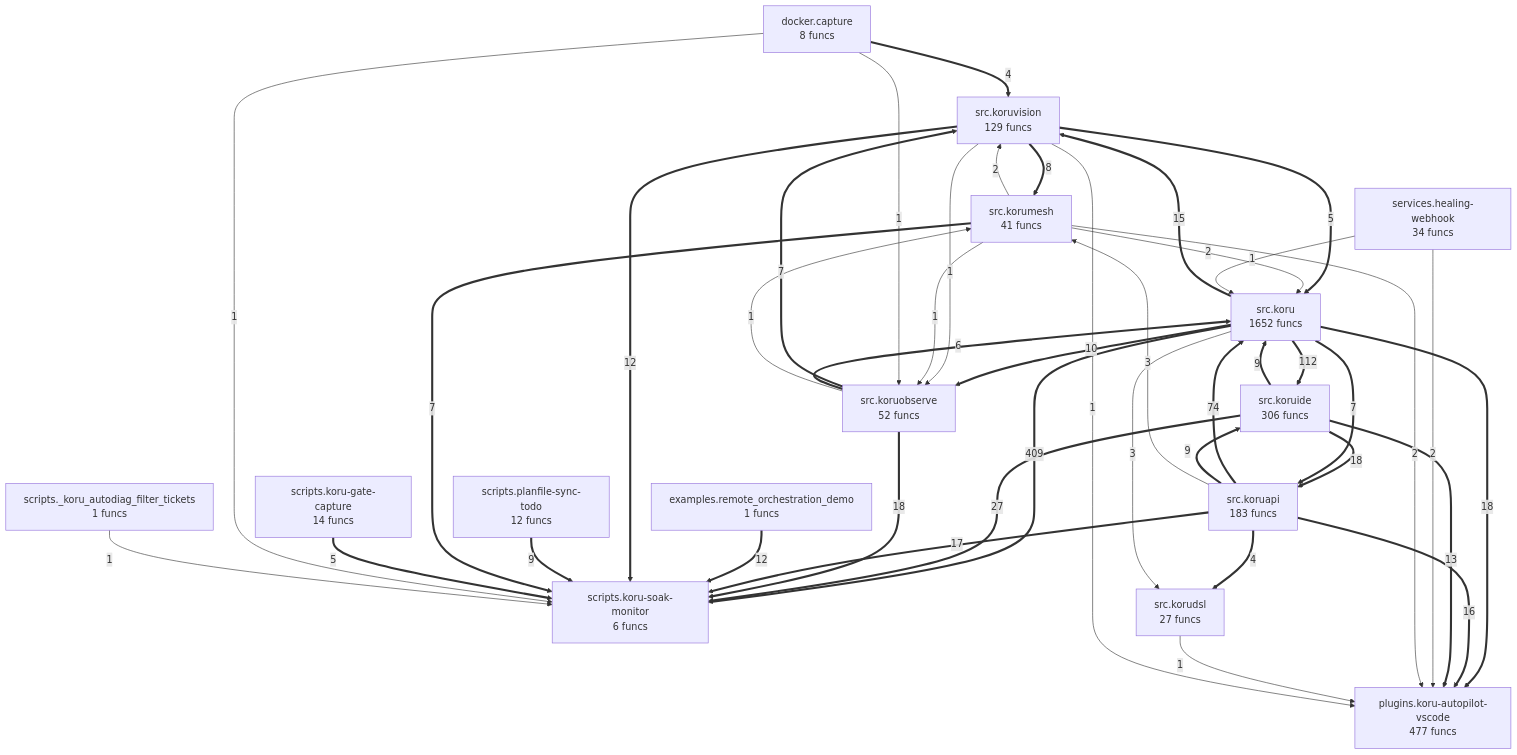
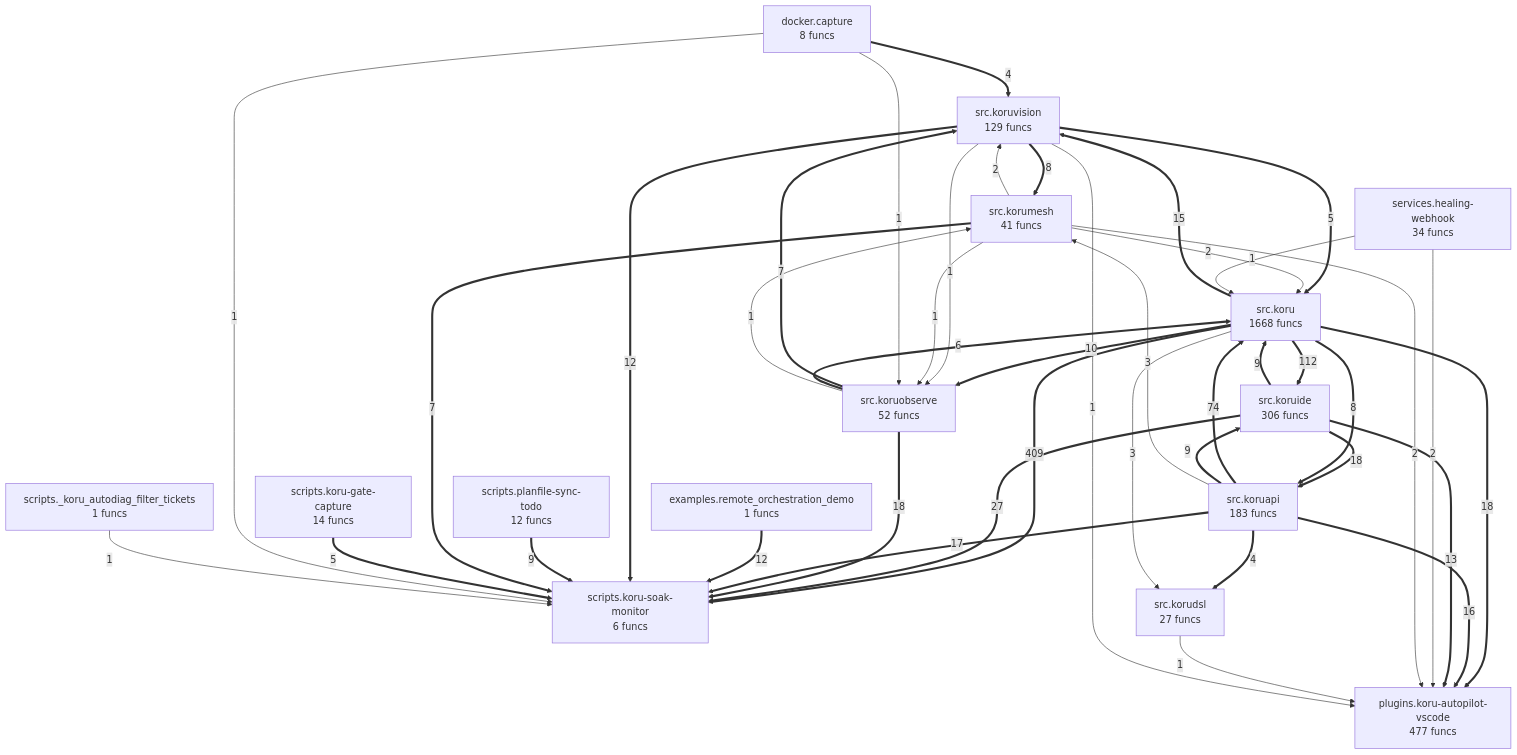
One commit to semcod/koru changed the diagram in project/compact_flow.mmd. Above: the diagram before and after it, drawn with Mermaid. The commit also changed 45 other files, not shown here.

```diff
--- a/project/compact_flow.mmd
+++ b/project/compact_flow.mmd
@@ -1,58 +1,58 @@
 flowchart TD
-%% generated in 0.09s
+%% generated in 0.14s
     docker__capture["docker.capture<br/>8 funcs"]
     examples__remote_orchestration_demo["examples.remote_orchestration_demo<br/>1 funcs"]
     plugins__koru_autopilot_vscode["plugins.koru-autopilot-vscode<br/>477 funcs"]
     scripts___koru_autodiag_filter_tickets["scripts._koru_autodiag_filter_tickets<br/>1 funcs"]
     scripts__koru_gate_capture["scripts.koru-gate-capture<br/>14 funcs"]
     scripts__koru_soak_monitor["scripts.koru-soak-monitor<br/>6 funcs"]
     scripts__planfile_sync_todo["scripts.planfile-sync-todo<br/>12 funcs"]
     services__healing_webhook["services.healing-webhook<br/>34 funcs"]
-    src__koru["src.koru<br/>1652 funcs"]
+    src__koru["src.koru<br/>1668 funcs"]
     src__koruapi["src.koruapi<br/>183 funcs"]
     src__korudsl["src.korudsl<br/>27 funcs"]
     src__koruide["src.koruide<br/>306 funcs"]
     src__korumesh["src.korumesh<br/>41 funcs"]
     src__koruobserve["src.koruobserve<br/>52 funcs"]
     src__koruvision["src.koruvision<br/>129 funcs"]
     src__koru ==>|409| scripts__koru_soak_monitor
     src__koru ==>|112| src__koruide
     src__koruapi ==>|74| src__koru
     src__koruide ==>|27| scripts__koru_soak_monitor
     src__koruobserve ==>|18| scripts__koru_soak_monitor
     src__koruide ==>|18| src__koruapi
     src__koru ==>|18| plugins__koru_autopilot_vscode
     src__koruapi ==>|17| scripts__koru_soak_monitor
     src__koruapi ==>|16| plugins__koru_autopilot_vscode
     src__koru ==>|15| src__koruvision
     src__koruide ==>|13| plugins__koru_autopilot_vscode
     examples__remote_orchestration_demo ==>|12| scripts__koru_soak_monitor
     src__koruvision ==>|12| scripts__koru_soak_monitor
     src__koru ==>|10| src__koruobserve
     src__koruapi ==>|9| src__koruide
     src__koruide ==>|9| src__koru
     scripts__planfile_sync_todo ==>|9| scripts__koru_soak_monitor
     src__koruvision ==>|8| src__korumesh
+    src__koru ==>|8| src__koruapi
     src__koruobserve ==>|7| src__koruvision
     src__korumesh ==>|7| scripts__koru_soak_monitor
-    src__koru ==>|7| src__koruapi
     src__koruobserve ==>|6| src__koru
     src__koruvision ==>|5| src__koru
     scripts__koru_gate_capture ==>|5| scripts__koru_soak_monitor
     src__koruapi ==>|4| src__korudsl
     docker__capture ==>|4| src__koruvision
+    src__koru -->|3| src__korudsl
     src__koruapi -->|3| src__korumesh
-    src__koru -->|3| src__korudsl
     services__healing_webhook -->|2| plugins__koru_autopilot_vscode
     src__korumesh -->|2| src__koru
     src__korumesh -->|2| src__koruvision
     src__korumesh -->|2| plugins__koru_autopilot_vscode
     services__healing_webhook -->|1| src__koru
     src__koruobserve -->|1| src__korumesh
     src__korudsl -->|1| plugins__koru_autopilot_vscode
     src__koruvision -->|1| plugins__koru_autopilot_vscode
     src__koruvision -->|1| src__koruobserve
     src__korumesh -->|1| src__koruobserve
     docker__capture -->|1| src__koruobserve
     docker__capture -->|1| scripts__koru_soak_monitor
     scripts___koru_autodiag_filter_tickets -->|1| scripts__koru_soak_monitor
```
